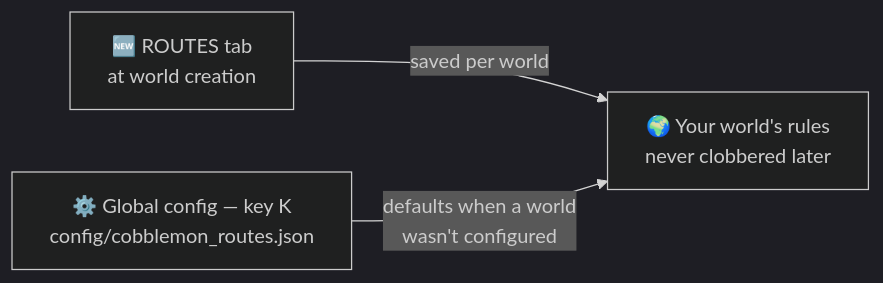
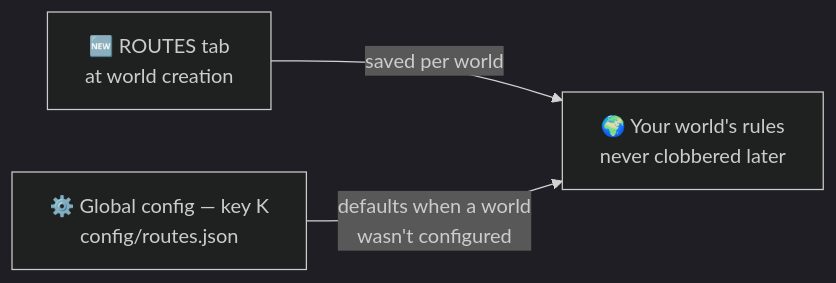
Before and after one commit to manucruzleiva/mod-wiki: the diagram in docs/routes/configuration.md, drawn with Mermaid (dark theme). The commit also changed other lines of this file and 14 other files, not shown here.

````diff
--- a/docs/routes/configuration.md
+++ b/docs/routes/configuration.md
@@ -12,5 +12,5 @@
 ```mermaid
 flowchart LR
     T[🆕 ROUTES tab<br/>at world creation] -->|saved per world| W[🌍 Your world's rules<br/>never clobbered later]
-    K[⚙️ Global config — key K<br/>config/cobblemon_routes.json] -->|defaults when a world<br/>wasn't configured| W
+    K[⚙️ Global config — key K<br/>config/routes.json] -->|defaults when a world<br/>wasn't configured| W
 ```
````
